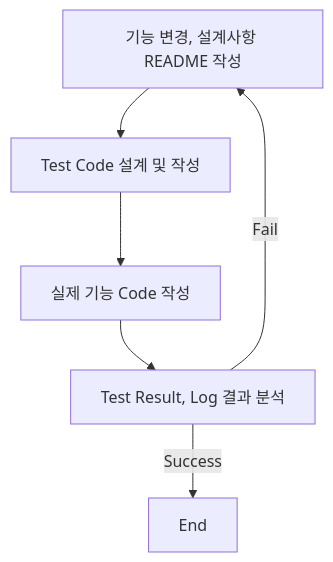
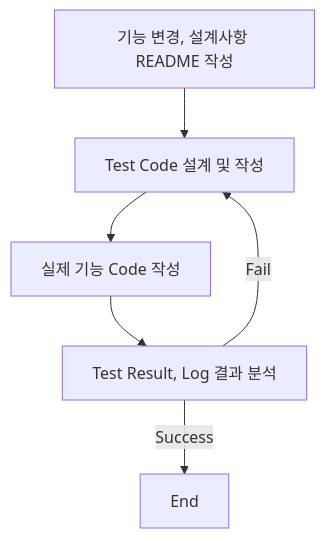
Before and after one commit to bradkim06/ht_terminal: the first of 3 diagrams in README.md, drawn with Mermaid. The commit also changed other lines of this file, not shown here.

````diff
--- a/README.md
+++ b/README.md
@@ -17,8 +17,8 @@
 ```mermaid
 flowchart TD
     1[기능 변경, 설계사항 README 작성] --> 2;
     2[Test Code 설계 및 작성] --> 3;
     3[실제 기능 Code 작성] --> 4;
-    4[Test Result, Log 결과 분석] --> |Fail| 1
+    4[Test Result, Log 결과 분석] --> |Fail| 2
     4 --> |Success| 5[End]
 ```
````
